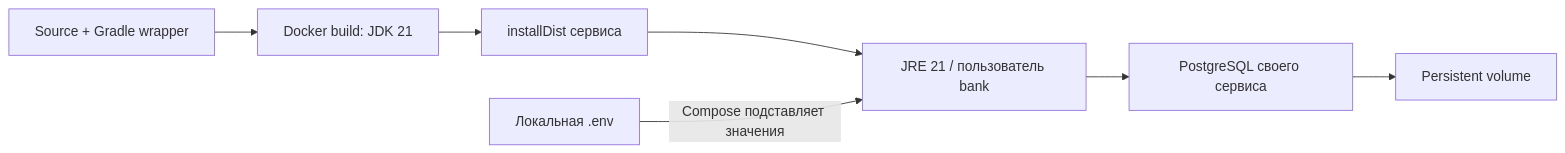
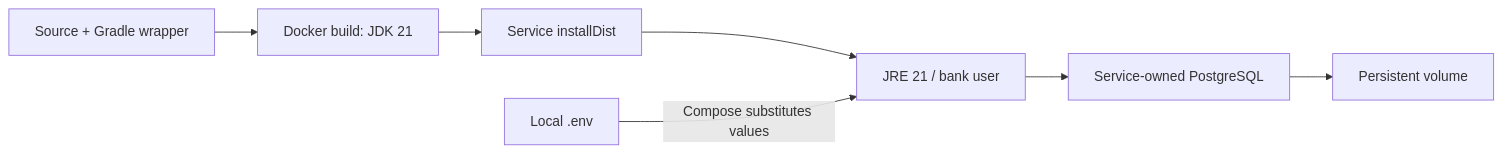
The third of 11 diagrams in ARCHITECTURE.md (aarbabaev/ArMoney), drawn with Mermaid before and after one commit. The commit also changed other lines of this file and 6 other files, not shown here.

Commit message:
Use English architecture documentation and neutral product descriptions

````diff
--- a/ARCHITECTURE.md
+++ b/ARCHITECTURE.md
@@ -93,9 +93,9 @@
 ```mermaid
 flowchart LR
     SRC["Source + Gradle wrapper"] --> BUILD["Docker build: JDK 21"]
-    BUILD --> DIST["installDist сервиса"]
-    DIST --> RUN["JRE 21 / пользователь bank"]
-    RUN --> PG["PostgreSQL своего сервиса"]
+    BUILD --> DIST["Service installDist"]
+    DIST --> RUN["JRE 21 / bank user"]
+    RUN --> PG["Service-owned PostgreSQL"]
     PG --> VOL["Persistent volume"]
-    ENV["Локальная .env"] -->|"Compose подставляет значения"| RUN
+    ENV["Local .env"] -->|"Compose substitutes values"| RUN
 ```
````
